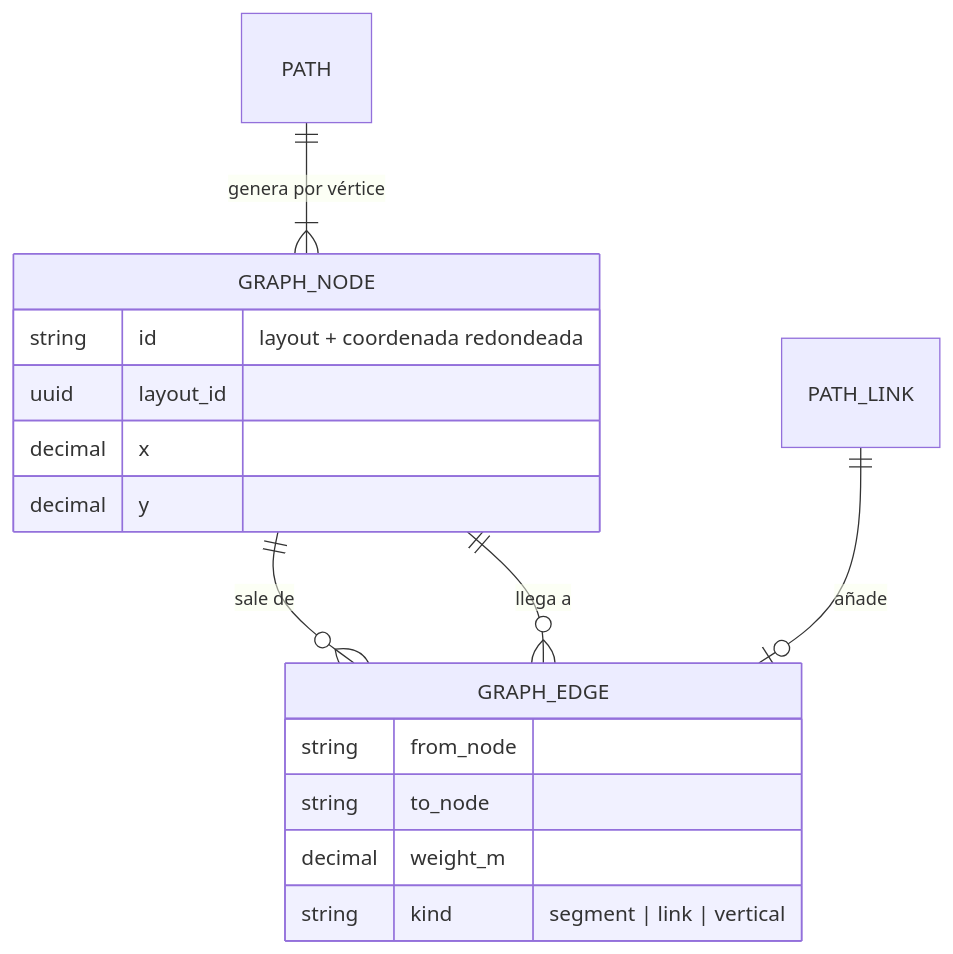
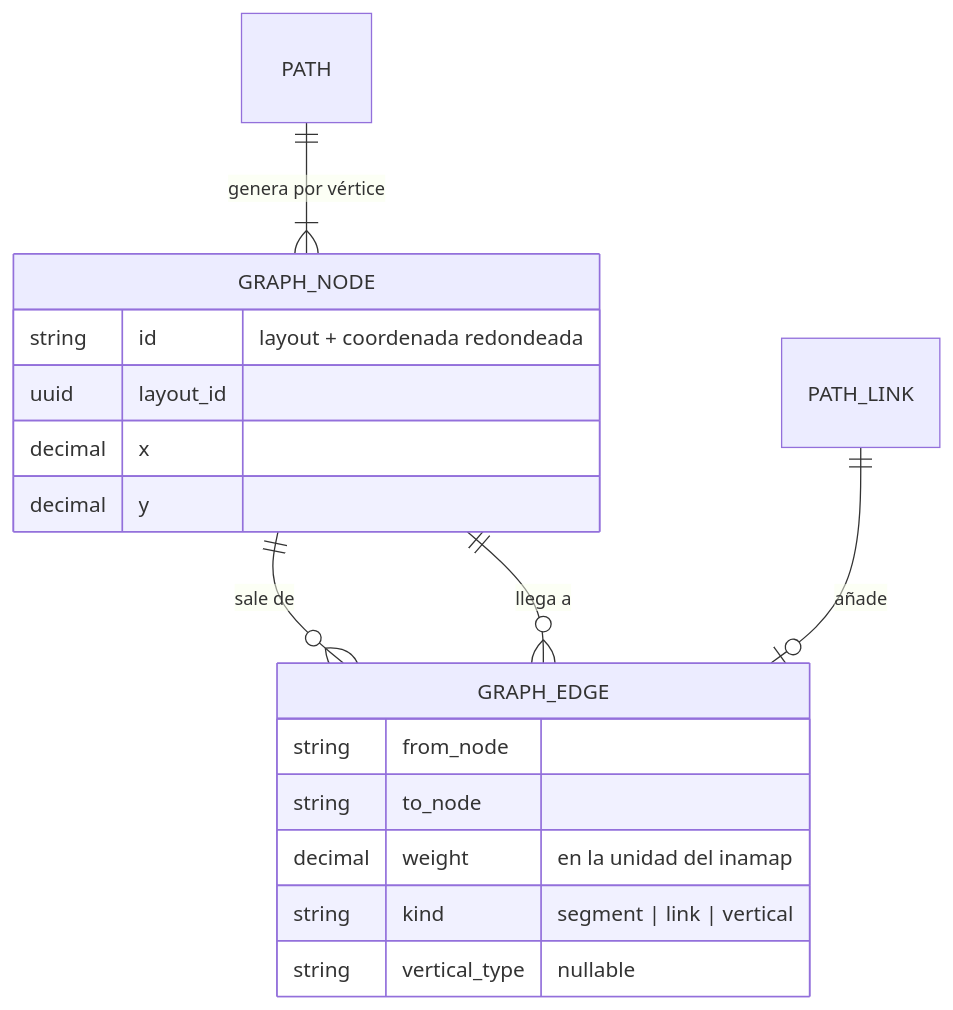
One commit to farandal/inamap-backend-domain changed the tenth of 21 diagrams in README.md. Above: the diagram before and after it, drawn with Mermaid. The commit also changed other lines of this file, not shown here.

First line of the commit message:
docs: finalize INAMAP domain specification

````diff
--- a/README.md
+++ b/README.md
@@ -875,20 +997,21 @@
 ```mermaid
 erDiagram
     PATH ||--|{ GRAPH_NODE : "genera por vértice"
     GRAPH_NODE ||--o{ GRAPH_EDGE : "sale de"
     GRAPH_NODE ||--o{ GRAPH_EDGE : "llega a"
     PATH_LINK ||--o| GRAPH_EDGE : "añade"
 
     GRAPH_NODE {
         string id "layout + coordenada redondeada"
         uuid layout_id
         decimal x
         decimal y
     }
     GRAPH_EDGE {
         string from_node
         string to_node
-        decimal weight_m
+        decimal weight "en la unidad del inamap"
         string kind "segment | link | vertical"
+        string vertical_type "nullable"
     }
 ```
````
